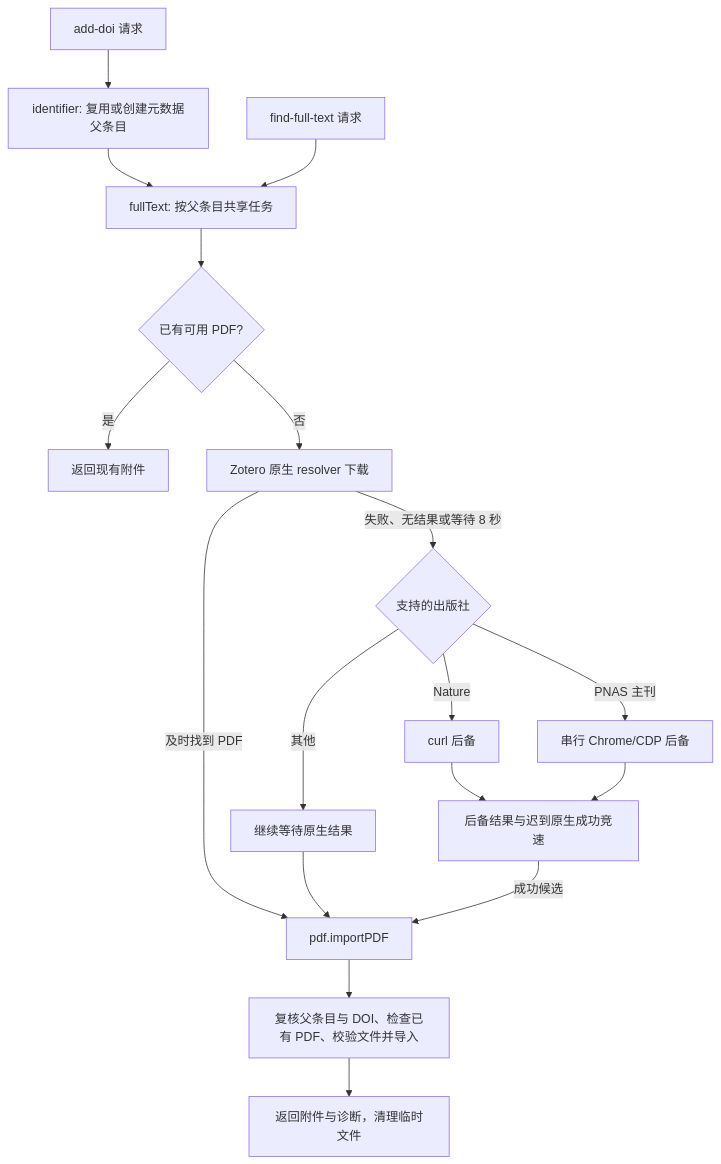
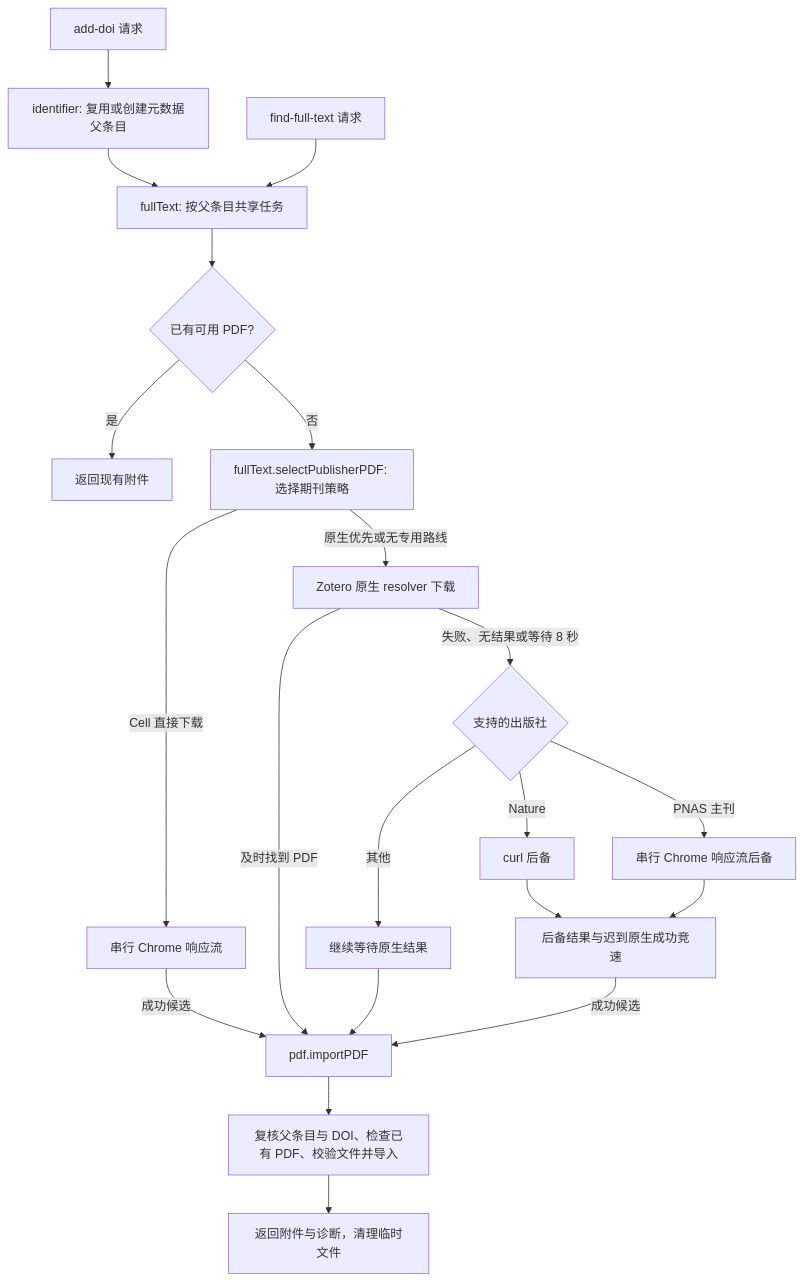
One commit to CarhoJohn/doi2pdf changed the diagram in structure.md. Above: the diagram before and after it, drawn with Mermaid. The commit also changed other lines of this file and 5 other files, not shown here.

First line of the commit message:
refactor(pdf): share browser PDF streaming for PNAS and Cell

````diff
--- a/structure.md
+++ b/structure.md
@@ -40,20 +44,23 @@
 ```mermaid
 flowchart TD
     A[add-doi 请求] --> B[identifier: 复用或创建元数据父条目]
     B --> C[fullText: 按父条目共享任务]
     D[find-full-text 请求] --> C
     C --> E{已有可用 PDF?}
     E -->|是| R[返回现有附件]
-    E -->|否| N[Zotero 原生 resolver 下载]
+    E -->|否| S[fullText.selectPublisherPDF: 选择期刊策略]
+    S -->|Cell 直接下载| L[串行 Chrome 响应流]
+    S -->|原生优先或无专用路线| N[Zotero 原生 resolver 下载]
+    L -->|成功候选| I
     N -->|及时找到 PDF| I[pdf.importPDF]
     N -->|失败、无结果或等待 8 秒| P{支持的出版社}
     P -->|Nature| F[curl 后备]
-    P -->|PNAS 主刊| G[串行 Chrome/CDP 后备]
+    P -->|PNAS 主刊| G[串行 Chrome 响应流后备]
     P -->|其他| W[继续等待原生结果]
     W --> I
     F --> H[后备结果与迟到原生成功竞速]
     G --> H
     H -->|成功候选| I
     I --> J[复核父条目与 DOI、检查已有 PDF、校验文件并导入]
     J --> K[返回附件与诊断，清理临时文件]
 ```
````
